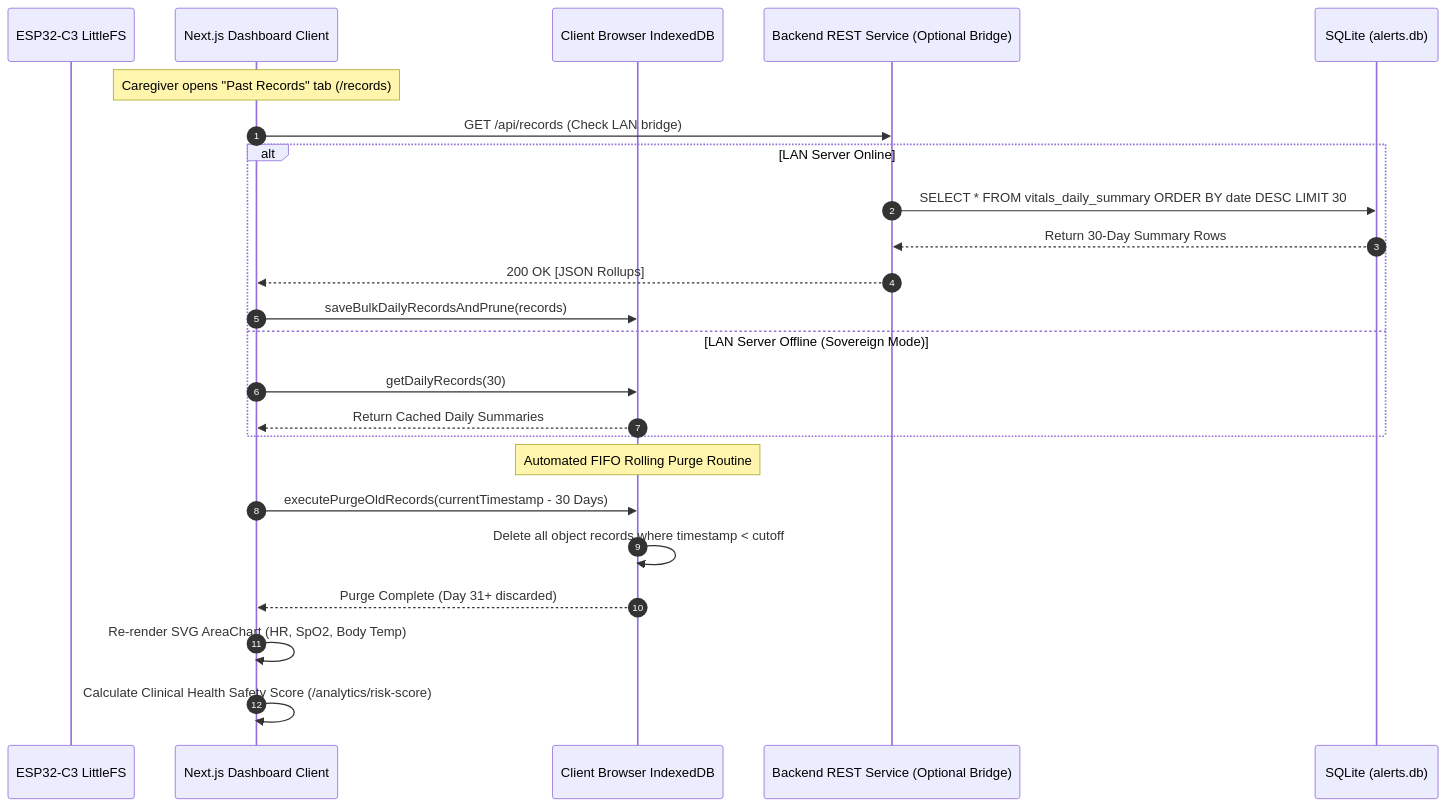
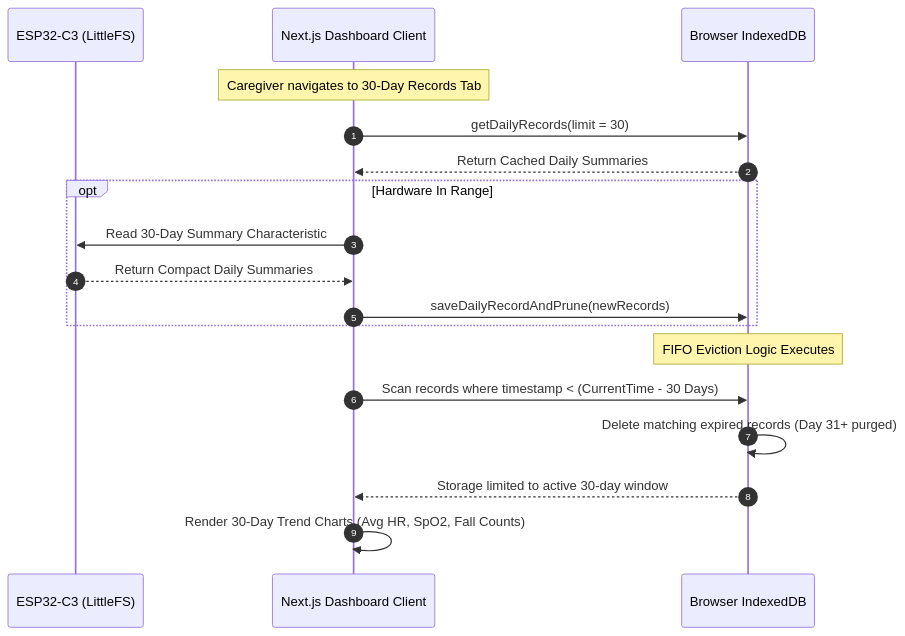
Before and after one commit to Aditya1kumbhar/vitalguard-c3: the fourth of 10 diagrams in UML_ARCHITECTURE_BLUEPRINTS.md, drawn with Mermaid. The commit also changed other lines of this file and 1 other file, not shown here.

Commit message:
docs: sync complete system architecture with Chen ER notation, DFD, and Flowchart

````diff
--- a/UML_ARCHITECTURE_BLUEPRINTS.md
+++ b/UML_ARCHITECTURE_BLUEPRINTS.md
@@ -419,29 +239,24 @@
 ```mermaid
 sequenceDiagram
     autonumber
-    participant ESP as ESP32-C3 LittleFS
+    participant ESP as ESP32-C3 (LittleFS)
     participant UI as Next.js Dashboard Client
-    participant IDB as Client Browser IndexedDB
-    participant API as Backend REST Service (Optional Bridge)
-    participant DB as SQLite (alerts.db)
+    participant IDB as Browser IndexedDB
 
-    Note over UI: Caregiver opens "Past Records" tab (/records)
-    UI->>API: GET /api/records (Check LAN bridge)
-    alt LAN Server Online
-        API->>DB: SELECT * FROM vitals_daily_summary ORDER BY date DESC LIMIT 30
-        DB-->>API: Return 30-Day Summary Rows
-        API-->>UI: 200 OK [JSON Rollups]
-        UI->>IDB: saveBulkDailyRecordsAndPrune(records)
-    else LAN Server Offline (Sovereign Mode)
-        UI->>IDB: getDailyRecords(30)
-        IDB-->>UI: Return Cached Daily Summaries
+    Note over UI: Caregiver navigates to 30-Day Records Tab
+    UI->>IDB: getDailyRecords(limit = 30)
+    IDB-->>UI: Return Cached Daily Summaries
+
+    opt Hardware In Range
+        UI->>ESP: Read 30-Day Summary Characteristic
+        ESP-->>UI: Return Compact Daily Summaries
+        UI->>IDB: saveDailyRecordAndPrune(newRecords)
     end
 
-    Note over IDB: Automated FIFO Rolling Purge Routine
-    UI->>IDB: executePurgeOldRecords(currentTimestamp - 30 Days)
-    IDB->>IDB: Delete all object records where timestamp < cutoff
-    IDB-->>UI: Purge Complete (Day 31+ discarded)
+    Note over IDB: FIFO Eviction Logic Executes
+    UI->>IDB: Scan records where timestamp < (CurrentTime - 30 Days)
+    IDB->>IDB: Delete matching expired records (Day 31+ purged)
+    IDB-->>UI: Storage limited to active 30-day window
 
-    UI->>UI: Re-render SVG AreaChart (HR, SpO2, Body Temp)
-    UI->>UI: Calculate Clinical Health Safety Score (/analytics/risk-score)
+    UI->>UI: Render 30-Day Trend Charts (Avg HR, SpO2, Fall Counts)
 ```
````
